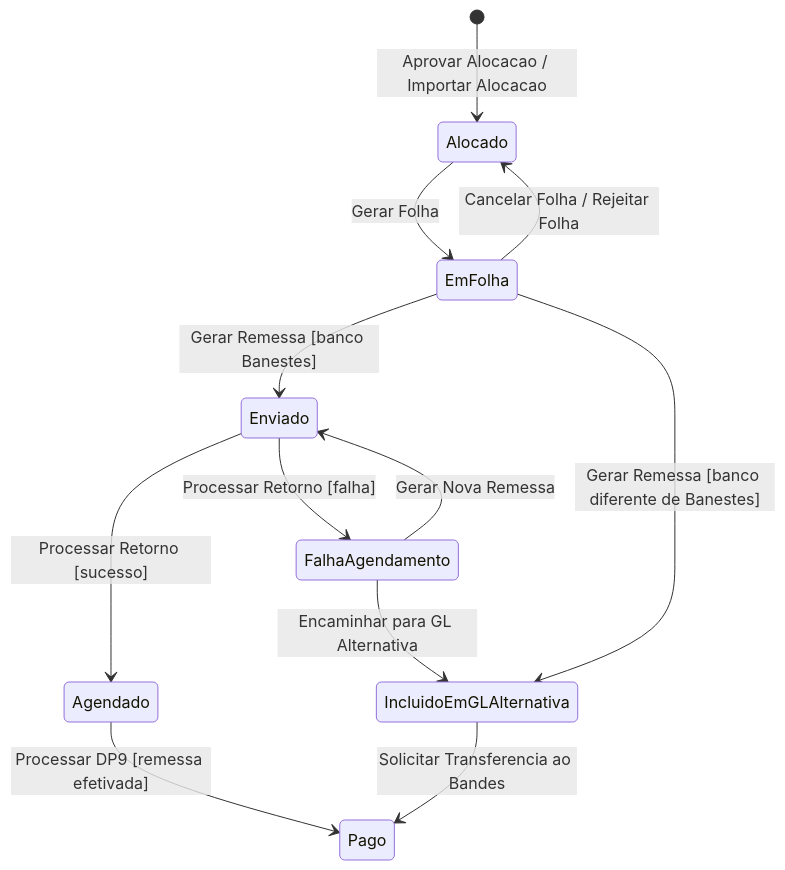
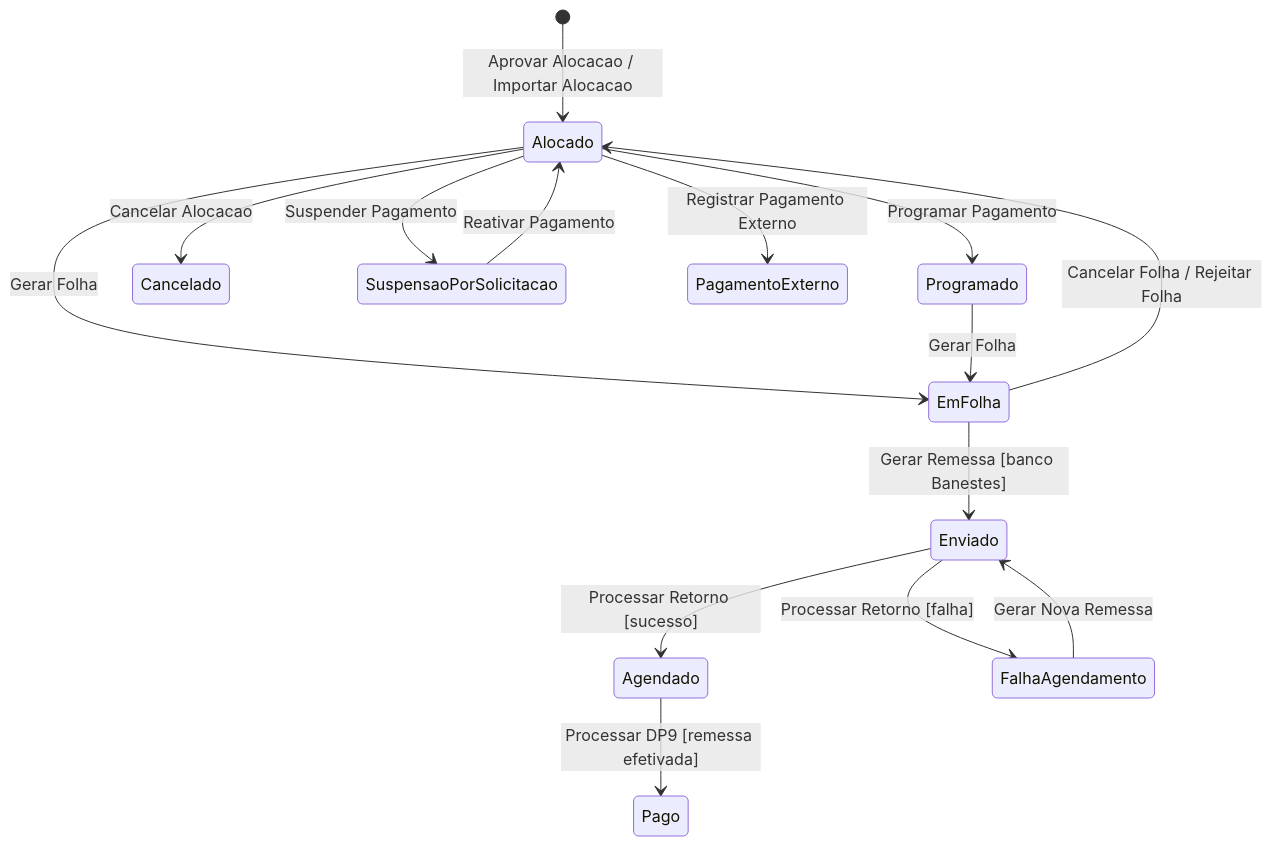
The fourth of 8 diagrams in docs/implementation/modules/M004-pagamento-bolsista/modelo-comportamental.md (Czzped/conecta-fapes-teste), drawn with Mermaid before and after one commit. The commit also changed other lines of this file and 178 other files, not shown here.

````diff
--- a/docs/implementation/modules/M004-pagamento-bolsista/modelo-comportamental.md
+++ b/docs/implementation/modules/M004-pagamento-bolsista/modelo-comportamental.md
@@ -56,14 +57,17 @@
 ```mermaid
 stateDiagram-v2
     [*] --> Alocado : Aprovar Alocacao / Importar Alocacao
+    Alocado --> Programado : Programar Pagamento
     Alocado --> EmFolha : Gerar Folha
+    Programado --> EmFolha : Gerar Folha
     EmFolha --> Alocado : Cancelar Folha / Rejeitar Folha
     EmFolha --> Enviado : Gerar Remessa [banco Banestes]
-    EmFolha --> IncluidoEmGLAlternativa : Gerar Remessa [banco diferente de Banestes]
     Enviado --> Agendado : Processar Retorno [sucesso]
     Enviado --> FalhaAgendamento : Processar Retorno [falha]
     FalhaAgendamento --> Enviado : Gerar Nova Remessa
-    FalhaAgendamento --> IncluidoEmGLAlternativa : Encaminhar para GL Alternativa
     Agendado --> Pago : Processar DP9 [remessa efetivada]
-    IncluidoEmGLAlternativa --> Pago : Solicitar Transferencia ao Bandes
+    Alocado --> Cancelado : Cancelar Alocacao
+    Alocado --> SuspensaoPorSolicitacao : Suspender Pagamento
+    SuspensaoPorSolicitacao --> Alocado : Reativar Pagamento
+    Alocado --> PagamentoExterno : Registrar Pagamento Externo
 ```
````
